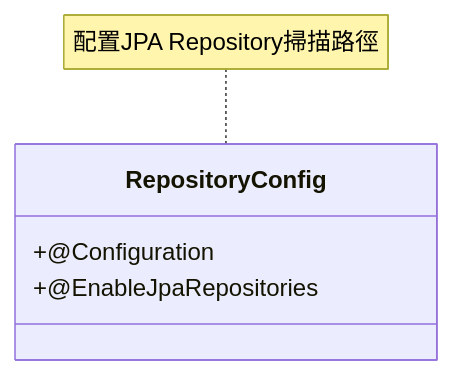
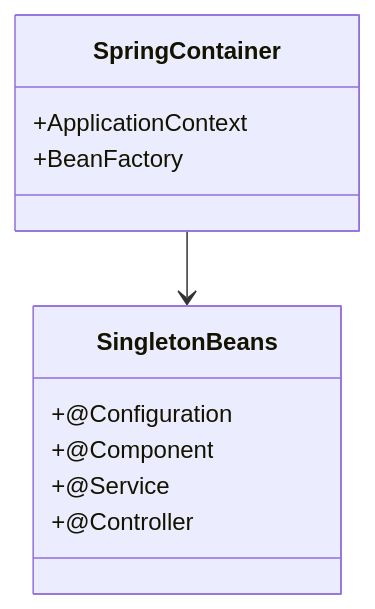
Before and after one commit to Vinskao/ty-multiverse-backend: the second of 12 diagrams in README.md, drawn with Mermaid. The commit also changed other lines of this file and 1 other file, not shown here.

Commit message:
info: 設計圖更新

````diff
--- a/README.md
+++ b/README.md
@@ -9,8 +40,16 @@
 ```mermaid
 classDiagram
-    class RepositoryConfig {
+    class SpringContainer {
+        +ApplicationContext
+        +BeanFactory
+    }
+    
+    class SingletonBeans {
         +@Configuration
-        +@EnableJpaRepositories
+        +@Component
+        +@Service
+        +@Controller
     }
-    note for RepositoryConfig "配置JPA Repository掃描路徑"
+    
+    SpringContainer --> SingletonBeans
 ```
````
